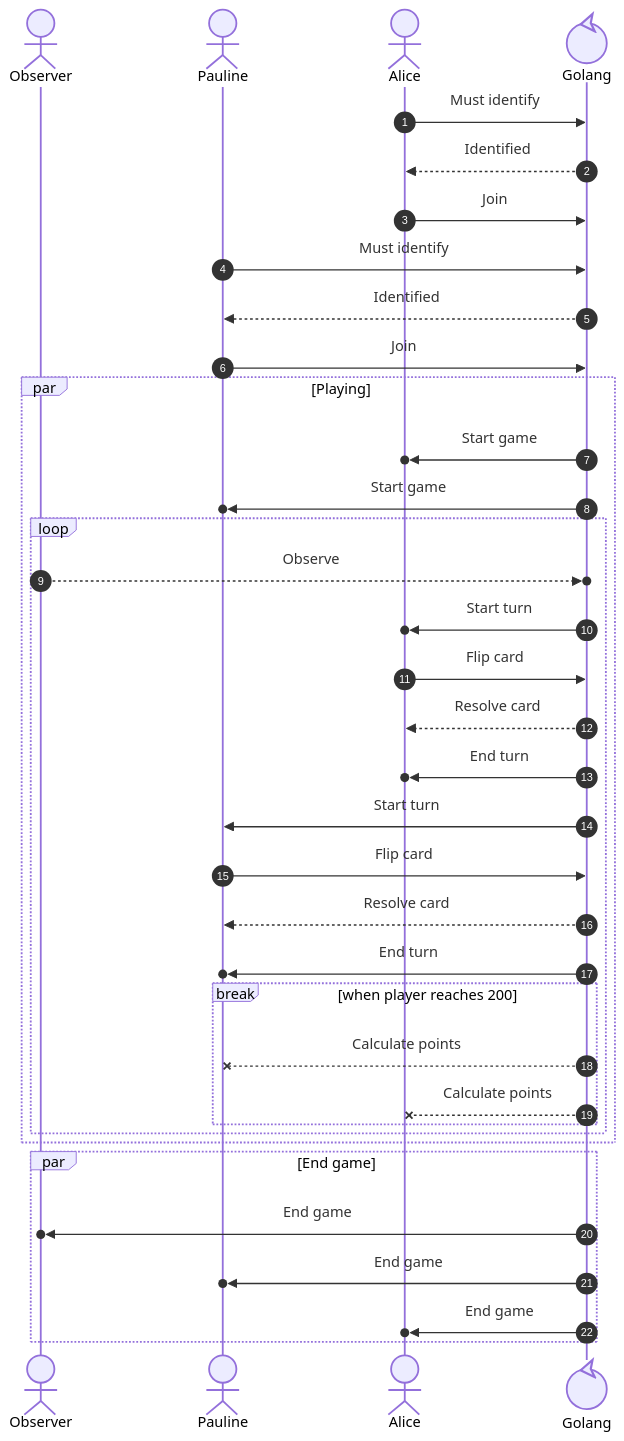
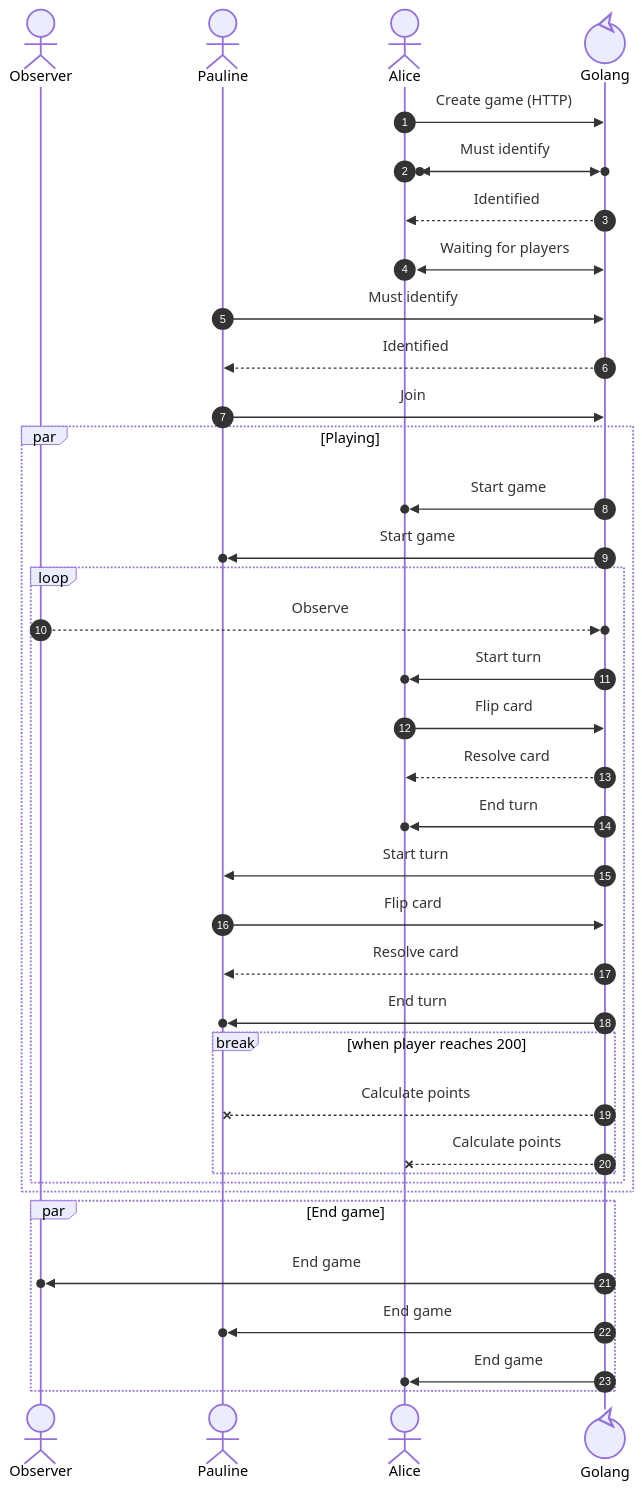
The second of 2 diagrams in services/basegame/README.md (Zadigo/myboardgames), drawn with Mermaid before and after one commit. The commit also changed other lines of this file and 19 other files, not shown here.

````diff
--- a/services/basegame/README.md
+++ b/services/basegame/README.md
@@ -23,49 +22,50 @@
 ```mermaid
 sequenceDiagram
 
 autonumber
 actor UO as Observer
 actor UA as Pauline
 actor U as Alice
 
 
 participant G@{type: "control"} as Golang
 
-U ->> G: Must identify
+U ->> G: Create game (HTTP)
+U() <<->> ()G: Must identify
 G -->> U: Identified
-U ->> G: Join
+U <<->> G: Waiting for players
 UA ->> G: Must identify
 G -->> UA: Identified
 UA ->> G: Join
 
 par Playing
 G ->> ()U: Start game
 G ->> ()UA: Start game
 
 loop
 UO -->> ()G: Observe
 G ->> ()U: Start turn
 U ->> G: Flip card
 G -->> U: Resolve card
 G ->> ()U: End turn
 
 G ->> UA: Start turn
 UA ->> G: Flip card
 G -->> UA: Resolve card
 G ->> ()UA: End turn
 
 break when player reaches 200
 G --x UA: Calculate points
 G --x U: Calculate points
 end
 end
 end
 
 par End game
 G ->> ()UO: End game
 G ->> ()UA: End game
 G ->> ()U: End game
 end
 
 
 ```
````
